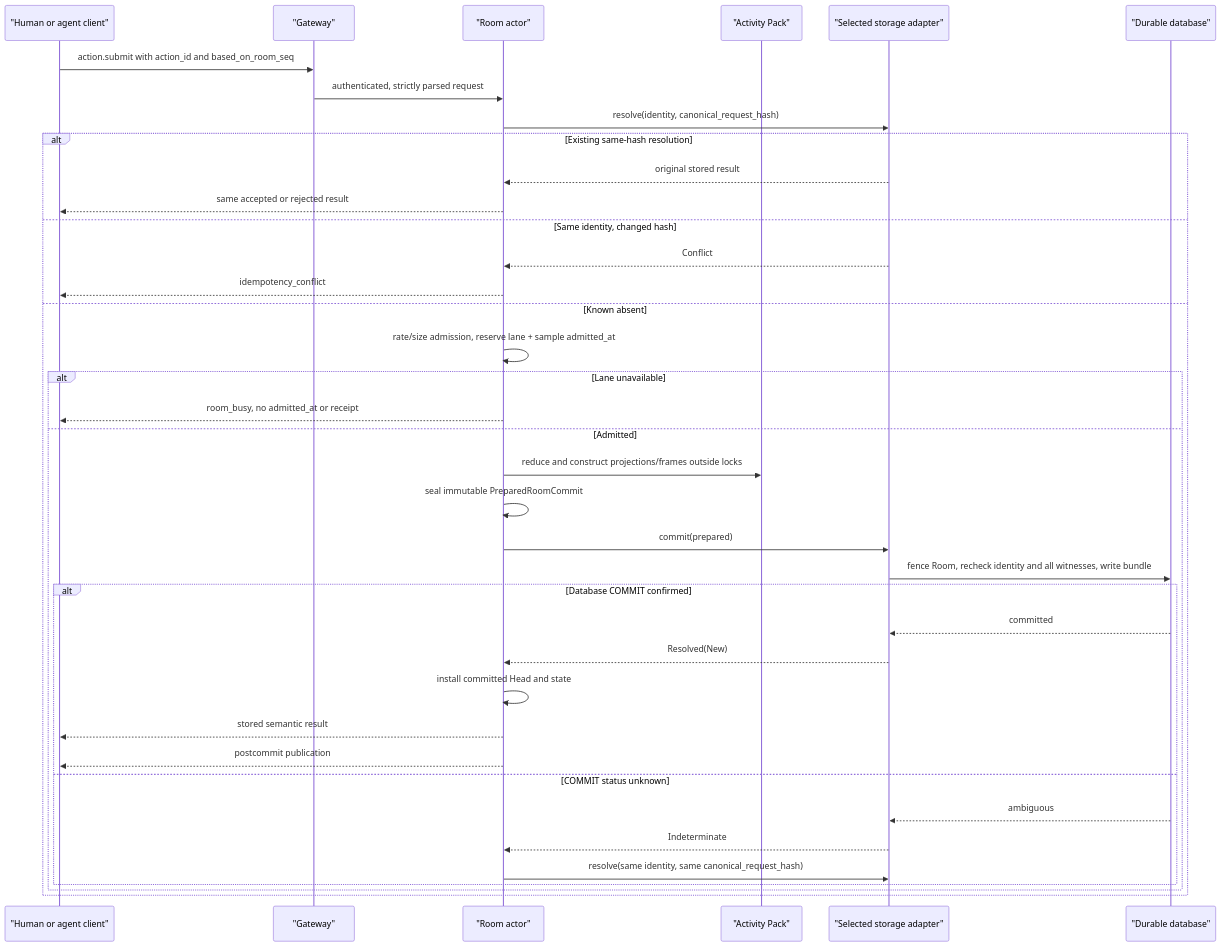
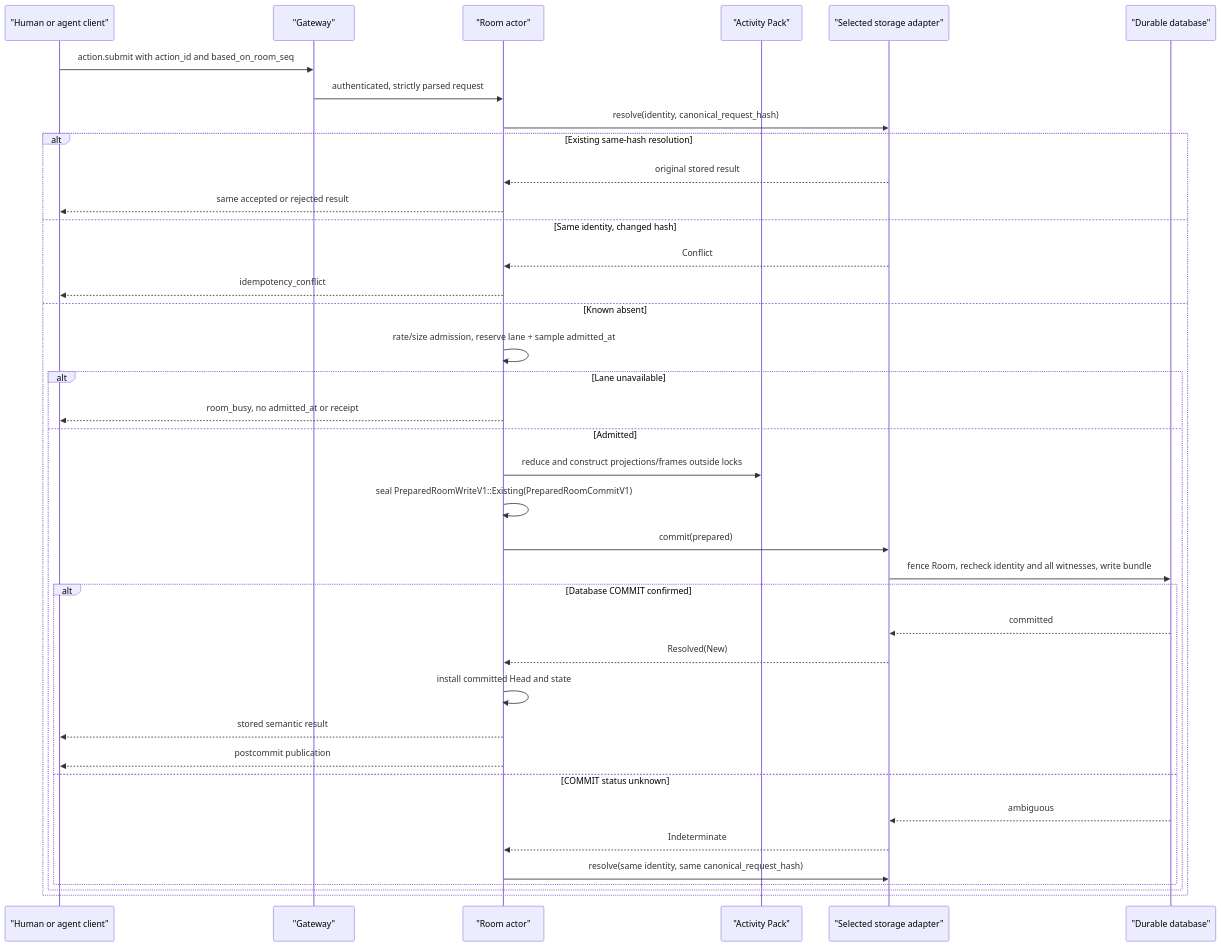
One commit to imom39a/worldstream changed the second of 3 diagrams in docs/architecture.md. Above: the diagram before and after it, drawn with Mermaid. The commit also changed other lines of this file and 9 other files, not shown here.

```diff
--- a/docs/architecture.md
+++ b/docs/architecture.md
@@ -452,42 +452,42 @@
 ~~~mermaid
 sequenceDiagram
     participant C as "Human or agent client"
     participant G as "Gateway"
     participant R as "Room actor"
     participant P as "Activity Pack"
     participant S as "Selected storage adapter"
     participant D as "Durable database"
 
     C->>G: action.submit with action_id and based_on_room_seq
     G->>R: authenticated, strictly parsed request
     R->>S: resolve(identity, canonical_request_hash)
 
     alt Existing same-hash resolution
         S-->>R: original stored result
         R-->>C: same accepted or rejected result
     else Same identity, changed hash
         S-->>R: Conflict
         R-->>C: idempotency_conflict
     else Known absent
         R->>R: rate/size admission, reserve lane + sample admitted_at
         alt Lane unavailable
             R-->>C: room_busy, no admitted_at or receipt
         else Admitted
             R->>P: reduce and construct projections/frames outside locks
-            R->>R: seal immutable PreparedRoomCommit
+            R->>R: seal PreparedRoomWriteV1::Existing(PreparedRoomCommitV1)
             R->>S: commit(prepared)
             S->>D: fence Room, recheck identity and all witnesses, write bundle
             alt Database COMMIT confirmed
                 D-->>S: committed
                 S-->>R: Resolved(New)
                 R->>R: install committed Head and state
                 R-->>C: stored semantic result
                 R-->>C: postcommit publication
             else COMMIT status unknown
                 D-->>S: ambiguous
                 S-->>R: Indeterminate
                 R->>S: resolve(same identity, same canonical_request_hash)
             end
         end
     end
 ~~~
```
